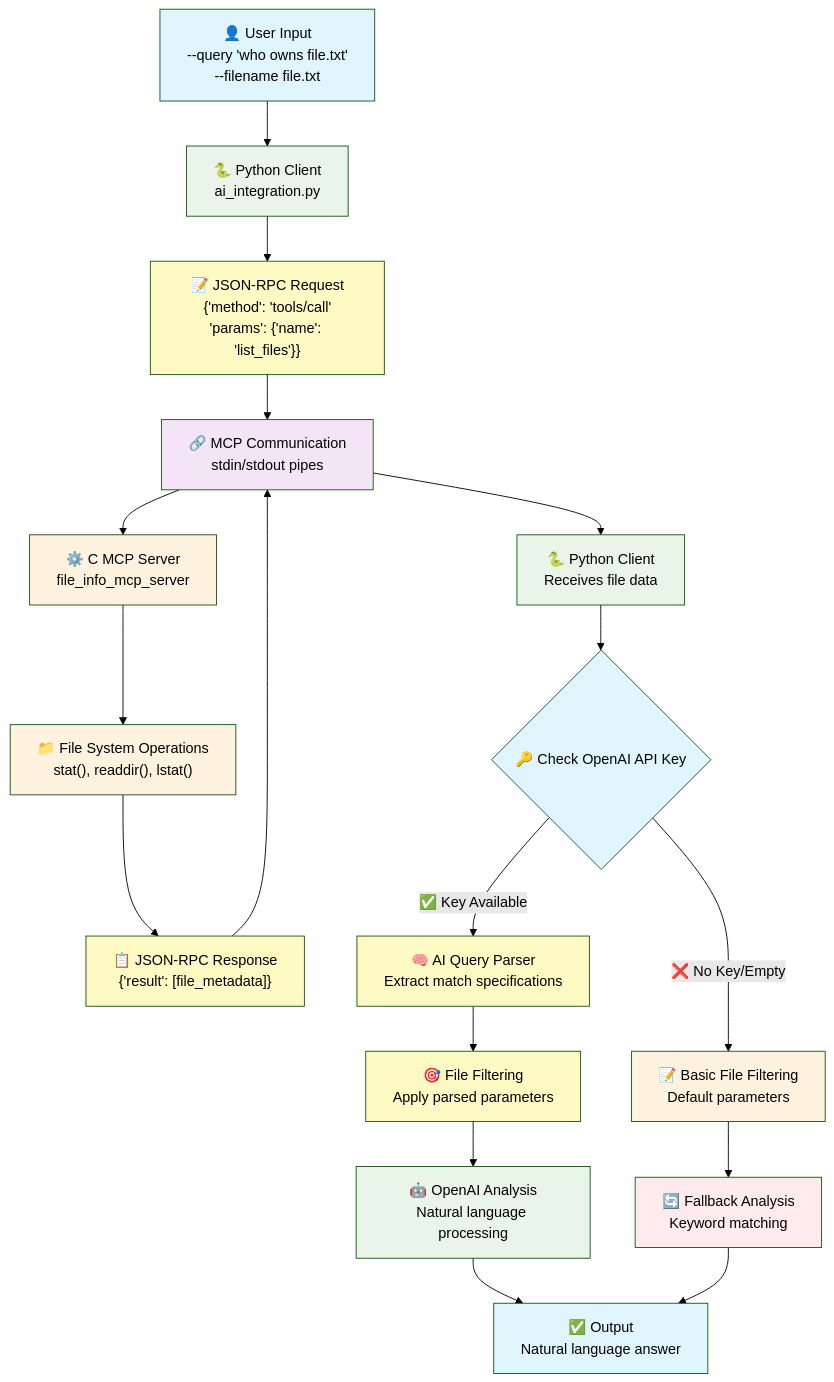
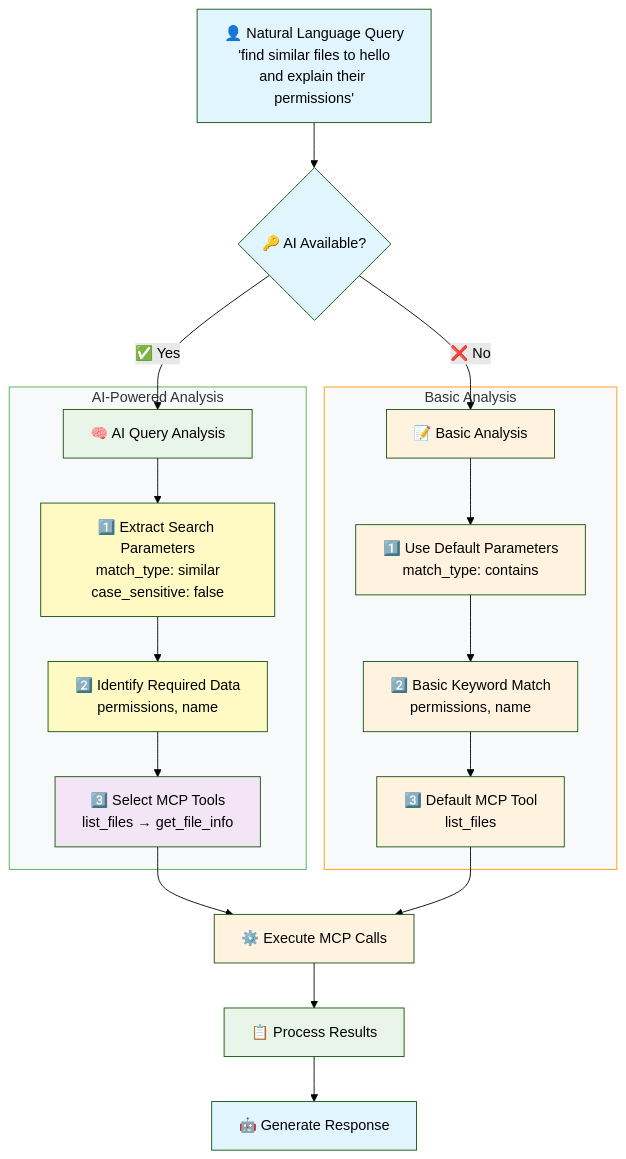
One commit to engmohamedsalah/FileSavantAI changed the second of 2 diagrams in README.md. Above: the diagram before and after it, drawn with Mermaid (forest theme). The commit also changed other lines of this file, not shown here.

Commit message:
Simplify diagrams to focus on AI's role in parameter detection and MCP tool selection - Added clearer subgraphs for AI vs Basic analysis flows - Simplified the data flow to highlight core AI functionality - Updated documentation to match simplified diagrams

````diff
--- a/README.md
+++ b/README.md
@@ -506,47 +503,43 @@
 ```mermaid
 graph TD
-    A["👤 User Input<br/>--query 'who owns file.txt'<br/>--filename file.txt"] --> B["🐍 Python Client<br/>ai_integration.py"]
+    A["👤 Natural Language Query<br/>'find similar files to hello<br/>and explain their permissions'"] --> B{"🔑 AI Available?"}
     
-    B --> C["📝 JSON-RPC Request<br/>{'method': 'tools/call'<br/>'params': {'name': 'list_files'}}"]
+    B -->|"✅ Yes"| C["🧠 AI Query Analysis"]
+    B -->|"❌ No"| D["📝 Basic Analysis"]
     
-    C --> D["🔗 MCP Communication<br/>stdin/stdout pipes"]
+    subgraph AI_Analysis ["AI-Powered Analysis"]
+        C --> E["1️⃣ Extract Search Parameters<br/>match_type: similar<br/>case_sensitive: false"]
+        E --> F["2️⃣ Identify Required Data<br/>permissions, name"]
+        F --> G["3️⃣ Select MCP Tools<br/>list_files → get_file_info"]
+    end
     
-    D --> E["⚙️ C MCP Server<br/>file_info_mcp_server"]
+    subgraph Basic_Analysis ["Basic Analysis"]
+        D --> H["1️⃣ Use Default Parameters<br/>match_type: contains"]
+        H --> I["2️⃣ Basic Keyword Match<br/>permissions, name"]
+        I --> J["3️⃣ Default MCP Tool<br/>list_files"]
+    end
     
-    E --> F["📁 File System Operations<br/>stat(), readdir(), lstat()"]
+    G --> K["⚙️ Execute MCP Calls"]
+    J --> K
     
-    F --> G["📋 JSON-RPC Response<br/>{'result': [file_metadata]}"]
+    K --> L["📋 Process Results"]
     
-    G --> D
-    D --> H["🐍 Python Client<br/>Receives file data"]
-    
-    H --> I{"🔑 Check OpenAI API Key"}
-    
-    I -->|"✅ Key Available"| J["🧠 AI Query Parser<br/>Extract match specifications"]
-    I -->|"❌ No Key/Empty"| K["📝 Basic File Filtering<br/>Default parameters"]
-    
-    J --> L["🎯 File Filtering<br/>Apply parsed parameters"]
-    
-    L --> M["🤖 OpenAI Analysis<br/>Natural language processing"]
-    
-    K --> N["🔄 Fallback Analysis<br/>Keyword matching"]
-    
-    M --> O["✅ Output<br/>Natural language answer"]
-    N --> O
+    L --> M["🤖 Generate Response"]
     
     style A fill:#e1f5fe
-    style B fill:#e8f5e8
-    style C fill:#fff9c4
-    style D fill:#f3e5f5
-    style E fill:#fff3e0
-    style F fill:#fff3e0
-    style G fill:#fff9c4
-    style H fill:#e8f5e8
-    style I fill:#e1f5fe
-    style J fill:#fff9c4
+    style B fill:#e1f5fe
+    style C fill:#e8f5e8
+    style D fill:#fff3e0
+    style E fill:#fff9c4
+    style F fill:#fff9c4
+    style G fill:#f3e5f5
+    style H fill:#fff3e0
+    style I fill:#fff3e0
+    style J fill:#fff3e0
     style K fill:#fff3e0
-    style L fill:#fff9c4
-    style M fill:#e8f5e8
-    style N fill:#ffebee
-    style O fill:#e1f5fe
+    style L fill:#e8f5e8
+    style M fill:#e1f5fe
+    
+    style AI_Analysis fill:#f8f9fa,stroke:#4caf50
+    style Basic_Analysis fill:#f8f9fa,stroke:#ff9800
 ```
````
